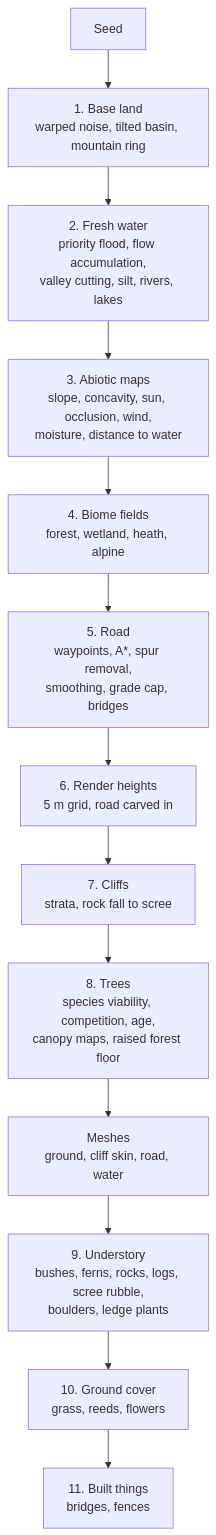
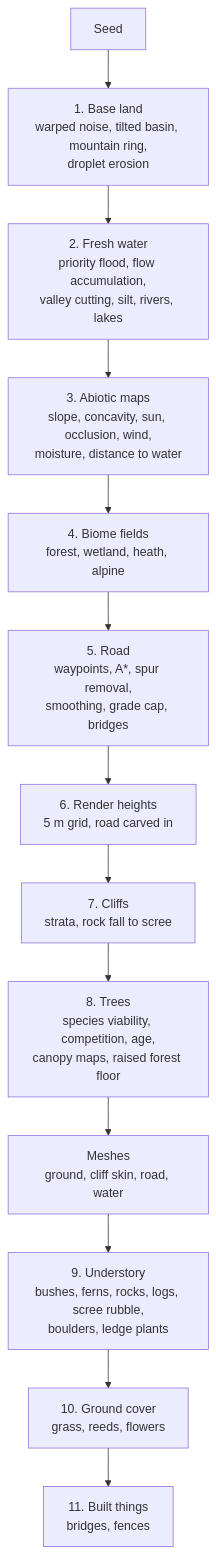
One commit to vincent290587/Sporterlay changed the diagram in world/godot/docs/riverlands-generation.md. Above: the diagram before and after it, drawn with Mermaid. The commit also changed other lines of this file and 7 other files, not shown here.

First line of the commit message:
Riverlands: 5 m analysis grid, droplet erosion, 1 m cliff skin, root mounds

````diff
--- a/world/godot/docs/riverlands-generation.md
+++ b/world/godot/docs/riverlands-generation.md
@@ -48,15 +49,15 @@
 ```mermaid
 flowchart TD
-    A[Seed] --> B[1. Base land<br/>warped noise, tilted basin, mountain ring]
+    A[Seed] --> B[1. Base land<br/>warped noise, tilted basin, mountain ring,<br/>droplet erosion]
     B --> C[2. Fresh water<br/>priority flood, flow accumulation,<br/>valley cutting, silt, rivers, lakes]
     C --> D[3. Abiotic maps<br/>slope, concavity, sun, occlusion, wind,<br/>moisture, distance to water]
     D --> E[4. Biome fields<br/>forest, wetland, heath, alpine]
     E --> F[5. Road<br/>waypoints, A*, spur removal,<br/>smoothing, grade cap, bridges]
     F --> G[6. Render heights<br/>5 m grid, road carved in]
     G --> H[7. Cliffs<br/>strata, rock fall to scree]
     H --> I[8. Trees<br/>species viability, competition, age,<br/>canopy maps, raised forest floor]
     I --> J[Meshes<br/>ground, cliff skin, road, water]
     J --> K[9. Understory<br/>bushes, ferns, rocks, logs, scree rubble,<br/>boulders, ledge plants]
     K --> L[10. Ground cover<br/>grass, reeds, flowers]
     L --> M[11. Built things<br/>bridges, fences]
 ```
````
